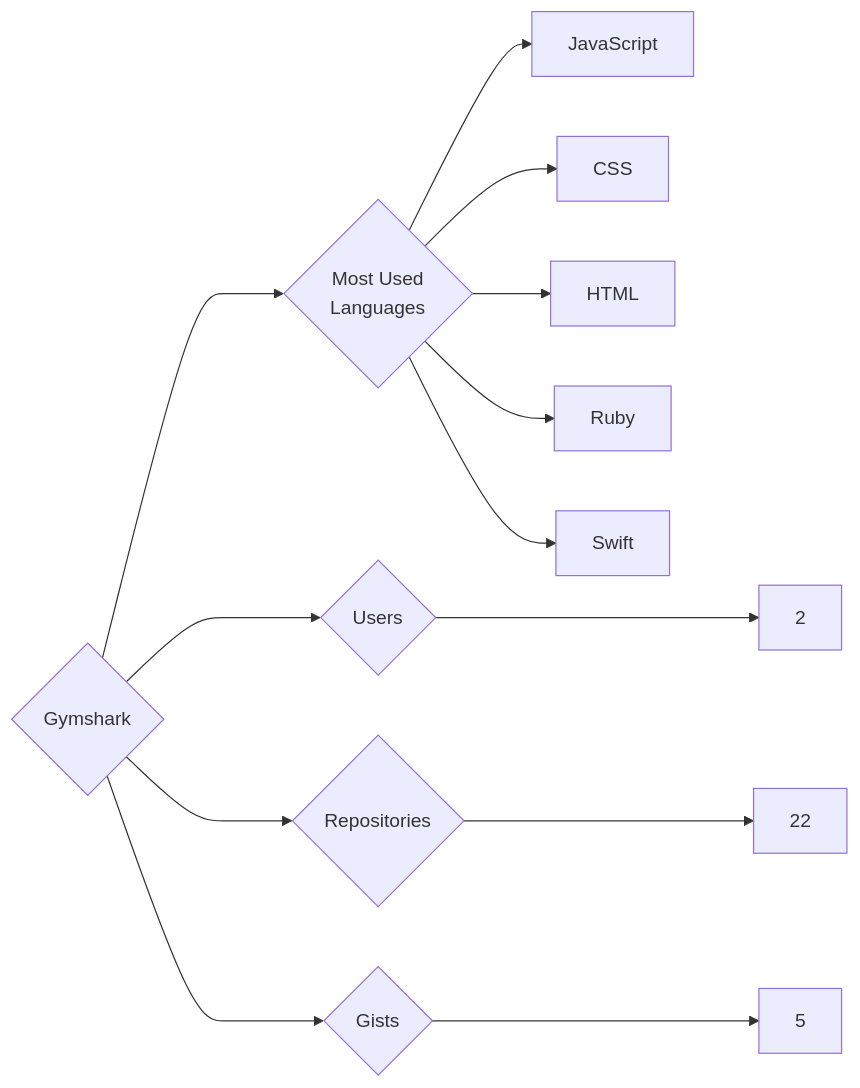
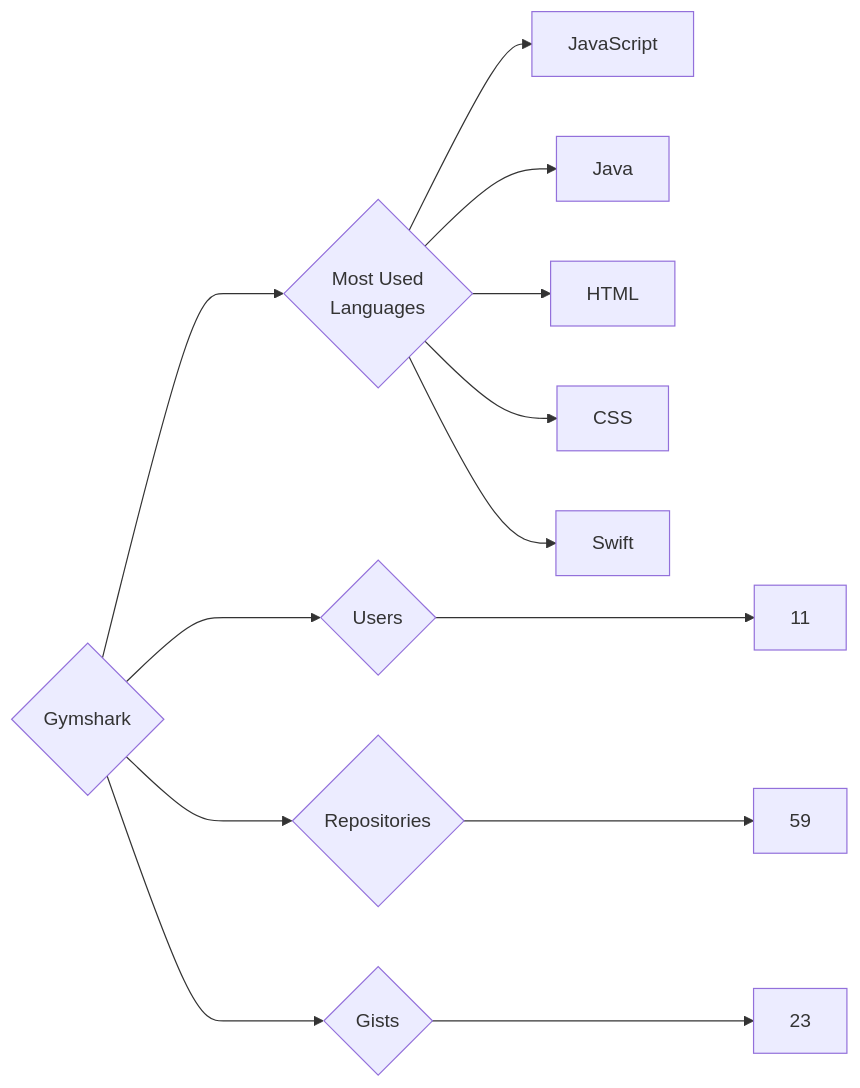
One commit to trickest/insiders changed the diagram in targets/Gymshark/README.md. Above: the diagram before and after it, drawn with Mermaid. The commit also changed 752 other files, not shown here.

````diff
--- a/targets/Gymshark/README.md
+++ b/targets/Gymshark/README.md
@@ -3,13 +3,13 @@
 ```mermaid
 graph LR
 COMPANY_NAME{Gymshark}
-COMPANY_NAME ---> U{Users} ---> UN[2]
-COMPANY_NAME ---> R{Repositories} ---> RN[22]
-COMPANY_NAME ---> G{Gists} ---> GN[5]
+COMPANY_NAME ---> U{Users} ---> UN[11]
+COMPANY_NAME ---> R{Repositories} ---> RN[59]
+COMPANY_NAME ---> G{Gists} ---> GN[23]
 COMPANY_NAME ---> ML{Most Used<br>Languages}
 ML --> JavaScript[JavaScript]
+ML --> Java[Java]
+ML --> HTML[HTML]
 ML --> CSS[CSS]
-ML --> HTML[HTML]
-ML --> Ruby[Ruby]
 ML --> Swift[Swift]
 ```
````
